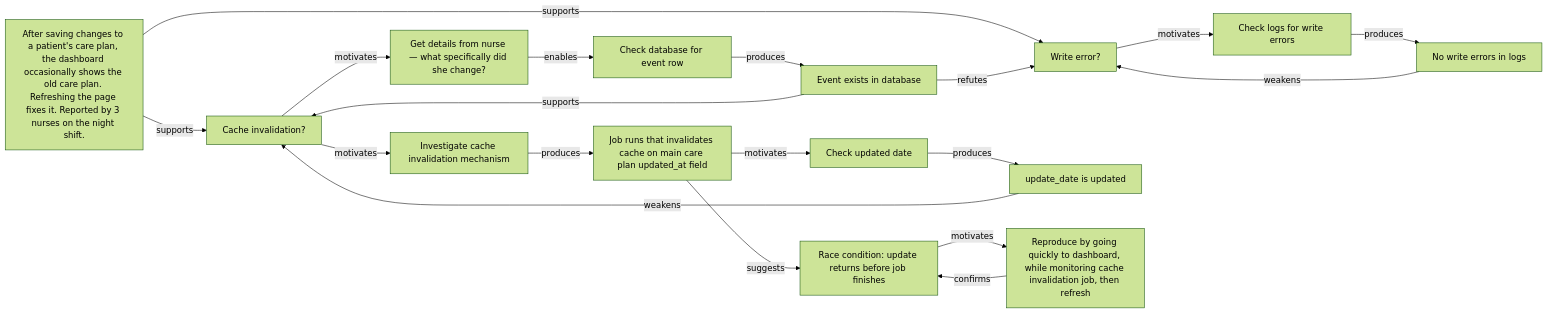
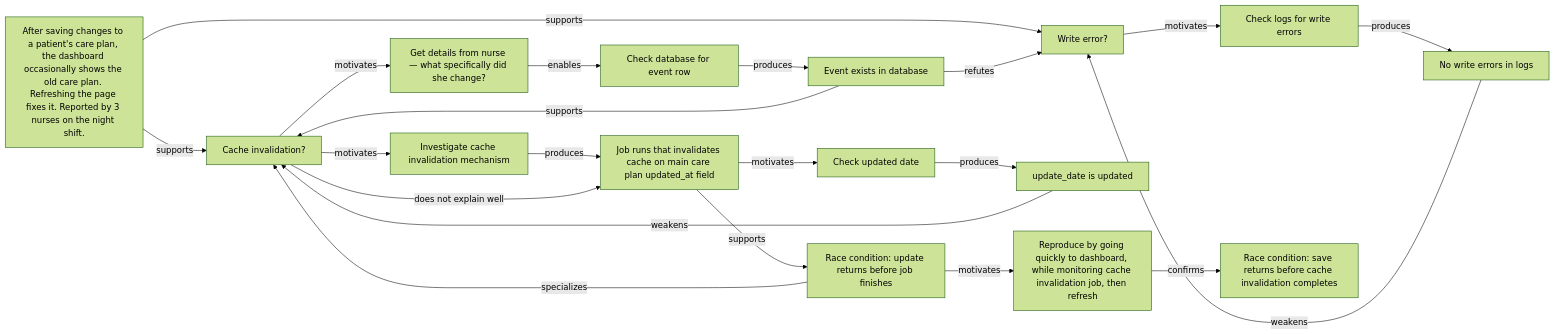
The diagram in diagrams/bug.mmd (kahunacohen/why), drawn with Mermaid (forest theme) before and after one commit. The commit also changed 1 other file, not shown here.

```diff
--- a/diagrams/bug.mmd
+++ b/diagrams/bug.mmd
@@ -1,96 +1,101 @@
 flowchart LR
 
 %% =====================================================
 %% Bug report
 %% =====================================================
 
 %% Bug report:
 %% After saving changes to a patient's care plan, the dashboard occasionally
 %% shows the old care plan. Refreshing the page a few seconds later shows the
 %% updated care plan. Reported by 3 nurses on the night shift.
 
 %% Root cause:
 %% Saving the care plan triggers an asynchronous cache invalidation/update
 %% process. The save request returns before the invalidation completes, creating
 %% a race condition between the dashboard reading cached data and the cache being
 %% refreshed. If the dashboard reloads before invalidation finishes, it displays
 %% stale data. A later refresh succeeds because the cache has since been updated.
 
 %% =====================================================
 %% Initial complaint
 %% =====================================================
 
-B1["After saving changes to a patient's care plan, the dashboard occasionally shows the old care plan. Refreshing the page fixes it. Reported by 3 nurses on the night shift."]
+T1["After saving changes to a patient's care plan, the dashboard occasionally shows the old care plan. Refreshing the page fixes it. Reported by 3 nurses on the night shift."]
 
 %% =====================================================
 %% Initial hypotheses
 %% =====================================================
 
 H1["Write error?"]
 H2["Cache invalidation?"]
 
-B1 -->|supports| H1
-B1 -->|supports| H2
+T1 -->|supports| H1
+T1 -->|supports| H2
 
 %% =====================================================
 %% Investigating H1 — write error
 %% =====================================================
 
 A1["Check logs for write errors"]
 H1 -->|motivates| A1
 
 O1["No write errors in logs"]
 A1 -->|produces| O1
 
 O1 -->|weakens| H1
 
 %% =====================================================
 %% Investigating H2 — cache invalidation
 %% =====================================================
 
 A2["Get details from nurse — what specifically did she change?"]
 H2 -->|motivates| A2
 
 A3["Check database for event row"]
 A2 -->|enables| A3
 
 O2["Event exists in database"]
 A3 -->|produces| O2
 
 %% =====================================================
 %% Evidence updates hypotheses
 %% =====================================================
 
 O2 -->|refutes| H1
 O2 -->|supports| H2
 
 %% =====================================================
 %% Investigating cache invalidation mechanism
 %% =====================================================
 
 A4["Investigate cache invalidation mechanism"]
 H2 -->|motivates| A4
 
 O3["Job runs that invalidates cache on main care plan updated_at field"]
 A4 -->|produces| O3
 
+H2 -->|does not explain well| O3
+
 A5["Check updated date"]
 O3 -->|motivates| A5
 
 O4["update_date is updated"]
 A5 -->|produces| O4
 
 O4 -->|weakens| H2
 
 %% =====================================================
 %% Alternative hypothesis — race condition
 %% =====================================================
 
 H3["Race condition: update returns before job finishes"]
+H3 -->|specializes| H2
 
-O3 -->|suggests| H3
+O3 -->|supports| H3
 
 A6["Reproduce by going quickly to dashboard, while monitoring cache invalidation job, then refresh"]
 
 H3 -->|motivates| A6
-A6 -->|confirms| H3
+
+Conc1["Race condition: save returns before cache invalidation completes"]
+A6 -->|confirms| Conc1
```
